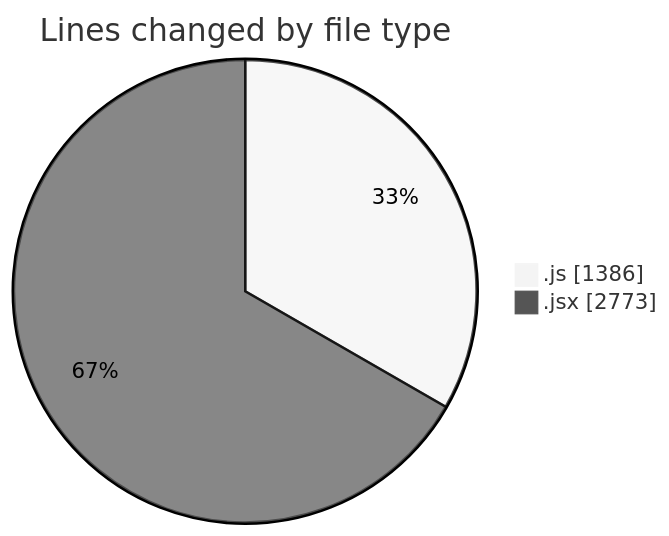
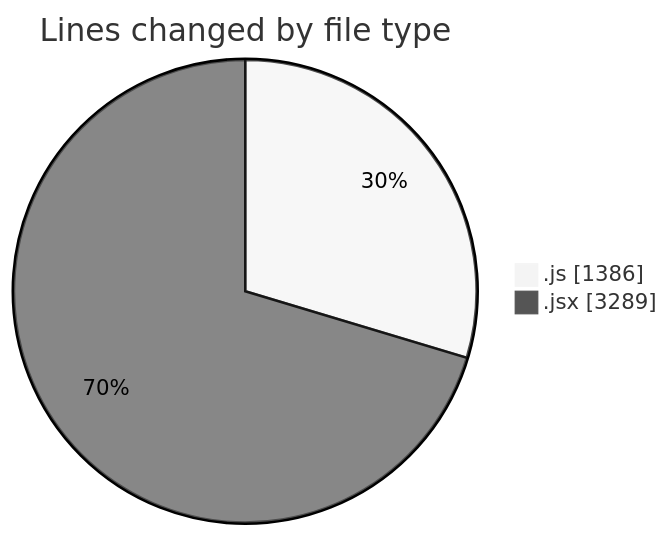
One commit to nxtqubesakshisongat/code-tracking changed the first of 2 diagrams in 2025-07-29/nxtqube_webapp/README.md. Above: the diagram before and after it, drawn with Mermaid (neutral theme). The commit also changed other lines of this file and 1 other file, not shown here.

````diff
--- a/2025-07-29/nxtqube_webapp/README.md
+++ b/2025-07-29/nxtqube_webapp/README.md
@@ -31,6 +31,6 @@
 ```mermaid
 pie showData
 title Lines changed by file type
 ".js" : 1386
-".jsx" : 2773
+".jsx" : 3289
 ```
````
